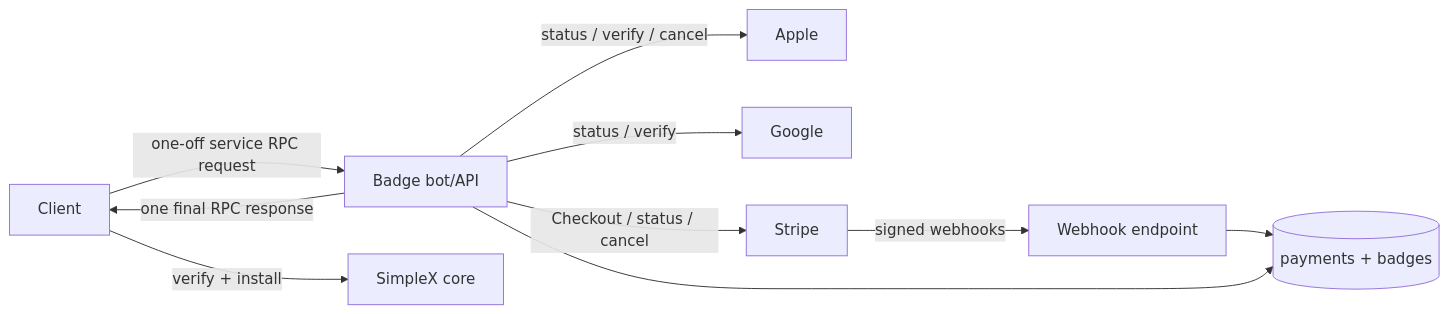
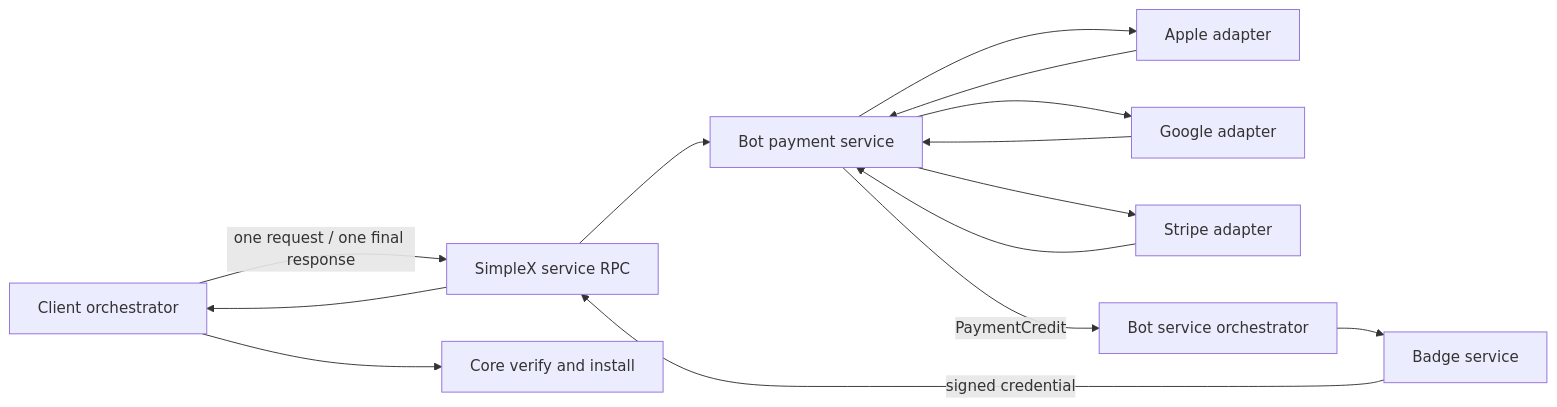
One commit to simplex-chat/simplex-chat changed the first of 5 diagrams in plans/2026-07-20-supporter-badges-v2-implementation.md. Above: the diagram before and after it, drawn with Mermaid. The commit also changed other lines of this file and 4 other files, not shown here.

Commit message:
docs: clarify badge payment state ownership

````diff
--- a/plans/2026-07-20-supporter-badges-v2-implementation.md
+++ b/plans/2026-07-20-supporter-badges-v2-implementation.md
@@ -71,12 +52,14 @@
 ```mermaid
 flowchart LR
-  C[Client] -->|one-off service RPC request| B[Badge bot/API]
-  B -->|one final RPC response| C
-  B -->|status / verify / cancel| A[Apple]
-  B -->|status / verify| G[Google]
-  B -->|Checkout / status / cancel| S[Stripe]
-  S -->|signed webhooks| H[Webhook endpoint]
-  H --> D[(payments + badges)]
-  B --> D
-  C -->|verify + install| K[SimpleX core]
+  C[Client orchestrator] -->|one request / one final response| R[SimpleX service RPC]
+  R --> P[Bot payment service]
+  P --> A[Apple adapter]
+  P --> G[Google adapter]
+  P --> S[Stripe adapter]
+  A & G & S --> P
+  P -->|PaymentCredit| O[Bot service orchestrator]
+  O --> B[Badge service]
+  B -->|signed credential| R
+  R --> C
+  C --> K[Core verify and install]
 ```
````
